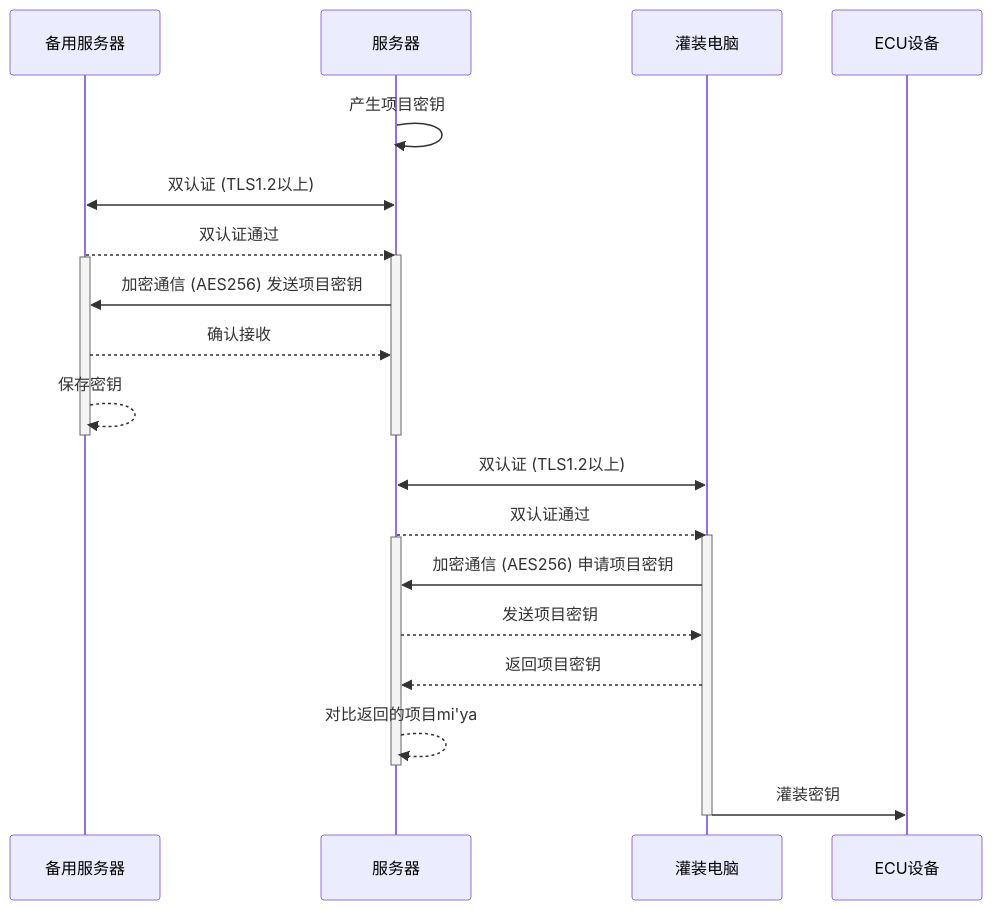
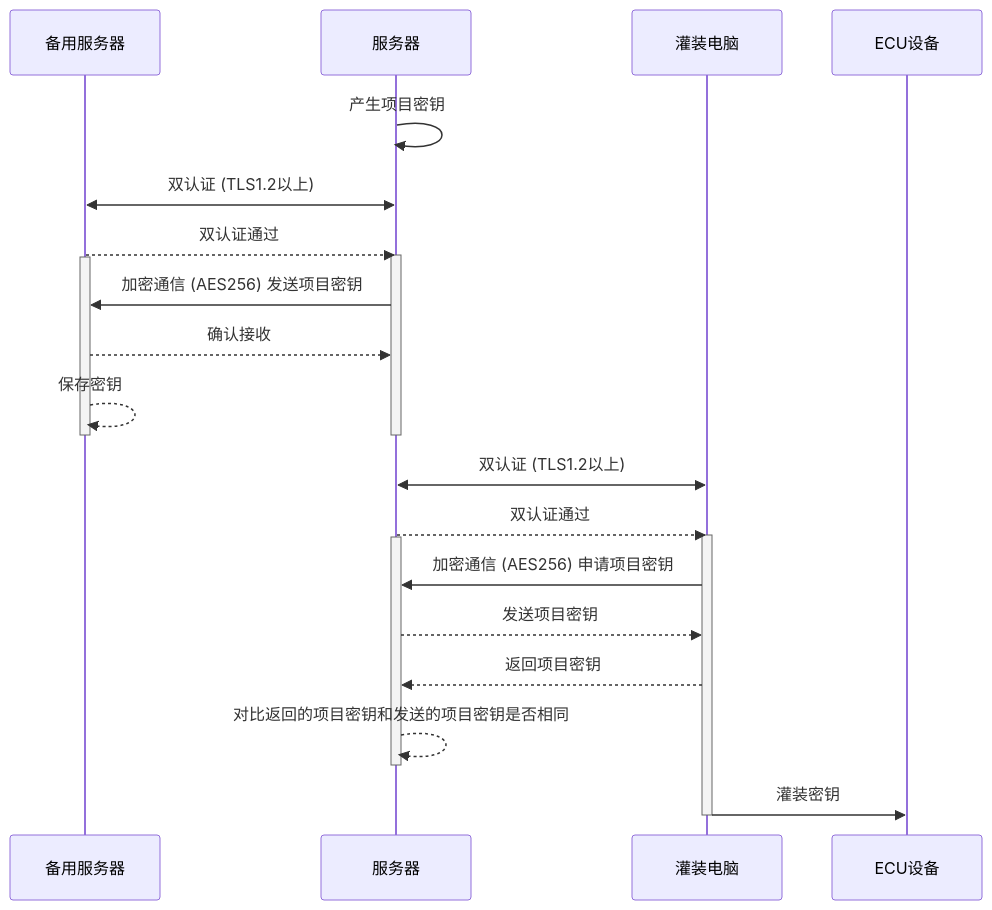
The diagram in all/未命名-10.md (facebook-cloud/iodraw-files), drawn with Mermaid before and after one commit.

Commit message:
2026-01-15 11:00:57 update

````diff
--- a/all/未命名-10.md
+++ b/all/未命名-10.md
@@ -1,31 +1,31 @@
 ```mermaid
 sequenceDiagram
     participant B as 备用服务器
     participant A as 服务器
     participant C as 灌装电脑
     participant D as ECU设备
 
     A->>A: 产生项目密钥
     A<<->>B: 双认证 (TLS1.2以上)
     B-->>A: 双认证通过
     activate A
     activate B
     A->>B: 加密通信 (AES256) 发送项目密钥
     B-->>A: 确认接收
     B-->>B: 保存密钥
     deactivate B
     deactivate A
 
     C<<->>A: 双认证 (TLS1.2以上)
     A-->>C: 双认证通过
     activate C
     activate A
     C->>A: 加密通信 (AES256) 申请项目密钥
     A-->>C: 发送项目密钥
     C-->>A: 返回项目密钥
-    A-->>A: 对比返回的项目mi'ya
+    A-->>A: 对比返回的项目密钥和发送的项目密钥是否相同
     deactivate A
     C->>D: 灌装密钥
     deactivate C
 
 ```
````
